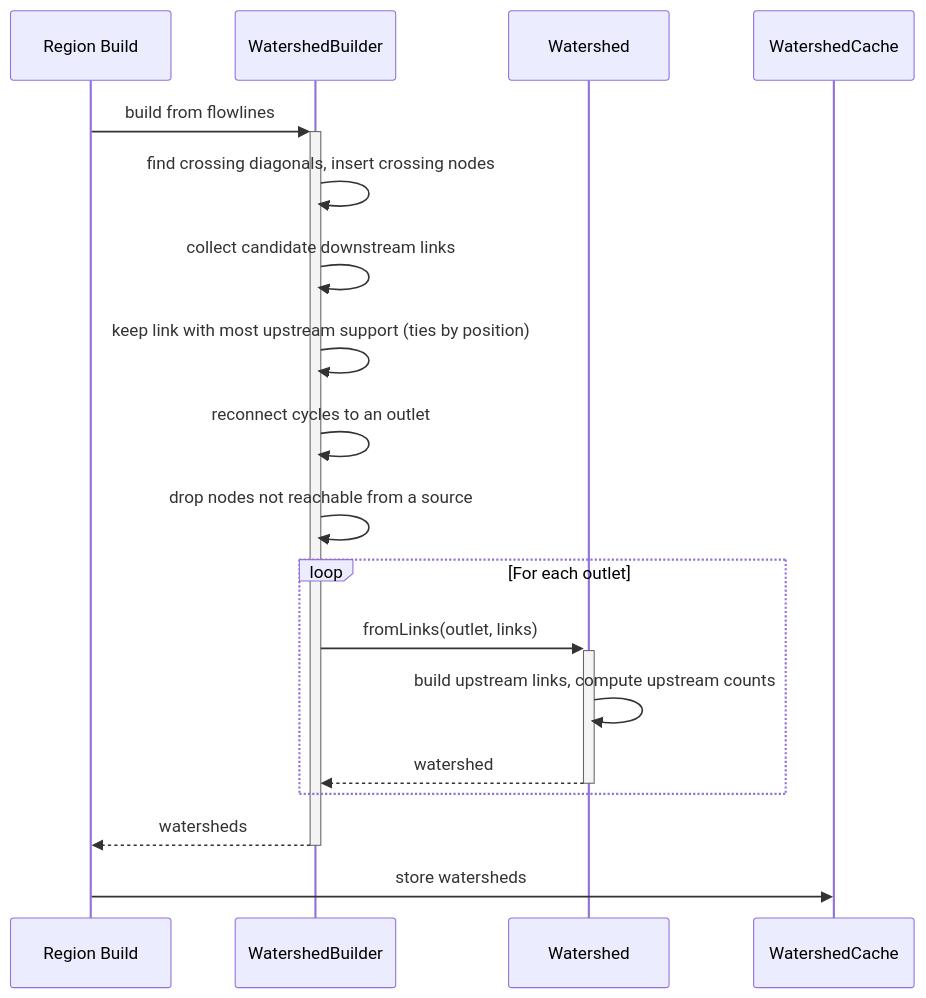
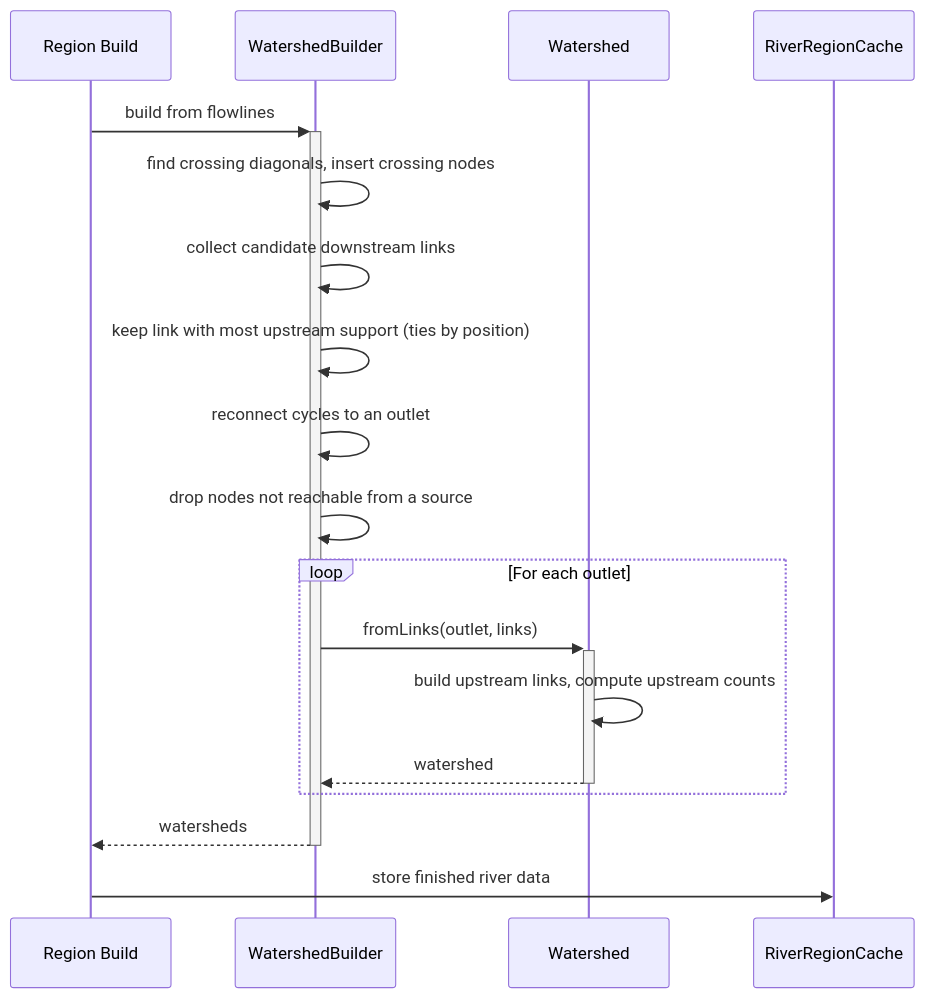
Before and after one commit to SoSly/RiverTale: diagram 14 of 22 in docs/features/rivers/Rough Diagrams.md, drawn with Mermaid. The commit also changed other lines of this file and 39 other files, not shown here.

````diff
--- a/docs/features/rivers/Rough Diagrams.md
+++ b/docs/features/rivers/Rough Diagrams.md
@@ -448,25 +426,25 @@
 ```mermaid
 sequenceDiagram
     participant Build as Region Build
     participant WatershedBuilder
     participant Watershed
-    participant WatershedCache
+    participant RiverRegionCache
 
     Build ->>+ WatershedBuilder: build from flowlines
 
     WatershedBuilder ->> WatershedBuilder: find crossing diagonals, insert crossing nodes
     WatershedBuilder ->> WatershedBuilder: collect candidate downstream links
     WatershedBuilder ->> WatershedBuilder: keep link with most upstream support (ties by position)
     WatershedBuilder ->> WatershedBuilder: reconnect cycles to an outlet
     WatershedBuilder ->> WatershedBuilder: drop nodes not reachable from a source
 
     loop For each outlet
         WatershedBuilder ->>+ Watershed: fromLinks(outlet, links)
         Watershed ->> Watershed: build upstream links, compute upstream counts
         Watershed -->>- WatershedBuilder: watershed
     end
 
     WatershedBuilder -->>- Build: watersheds
 
-    Build ->> WatershedCache: store watersheds
+    Build ->> RiverRegionCache: store finished river data
 ```
````
